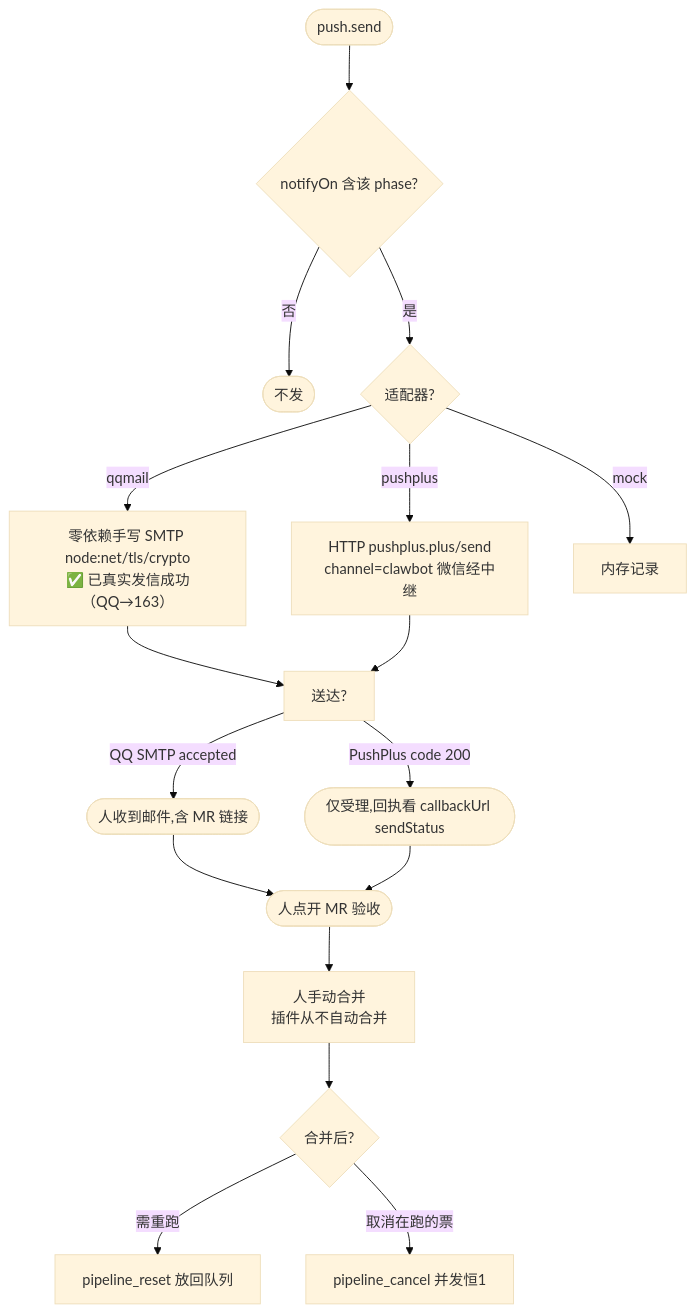
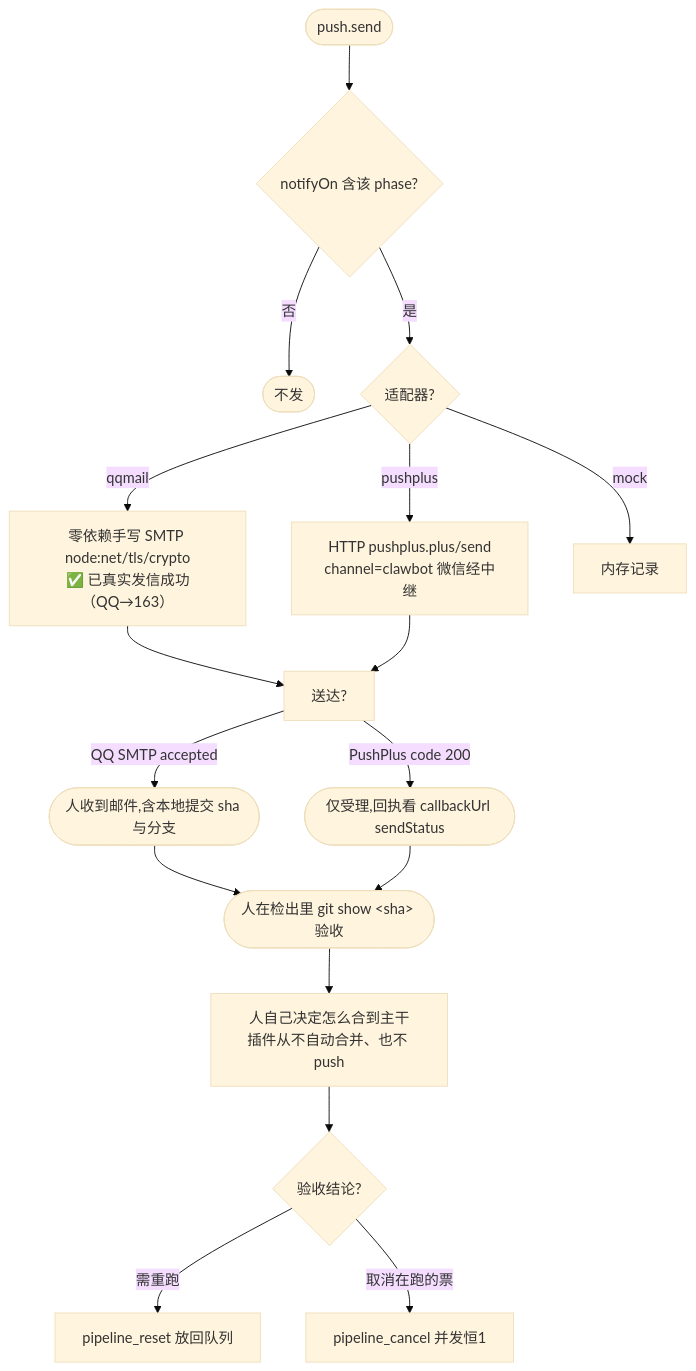
The fifth of 6 diagrams in docs/ticket-pipeline/operation-flow.md (Mentality486/dsh-ticket-pipeline), drawn with Mermaid (base theme) before and after one commit. The commit also changed other lines of this file and 8 other files, not shown here.

````diff
--- a/docs/ticket-pipeline/operation-flow.md
+++ b/docs/ticket-pipeline/operation-flow.md
@@ -142,19 +147,19 @@
 ```mermaid
 flowchart TD
     N0([push.send]) --> N1{notifyOn 含该 phase?}
     N1 -->|否| N9([不发])
     N1 -->|是| N2{适配器?}
     N2 -->|qqmail| N3[零依赖手写 SMTP node:net/tls/crypto<br/>✅ 已真实发信成功（QQ→163）]
     N2 -->|pushplus| N4[HTTP pushplus.plus/send<br/>channel=clawbot 微信经中继]
     N2 -->|mock| N5[内存记录]
     N3 --> N6[送达?]
     N4 --> N6
-    N6 -->|QQ SMTP accepted| N7([人收到邮件,含 MR 链接])
+    N6 -->|QQ SMTP accepted| N7([人收到邮件,含本地提交 sha 与分支])
     N6 -->|PushPlus code 200| N8([仅受理,回执看 callbackUrl sendStatus])
-    N7 --> H1([人点开 MR 验收])
+    N7 --> H1([人在检出里 git show &lt;sha&gt; 验收])
     N8 --> H1
-    H1 --> H2[人手动合并<br/>插件从不自动合并]
-    H2 --> H3{合并后?}
+    H1 --> H2[人自己决定怎么合到主干<br/>插件从不自动合并、也不 push]
+    H2 --> H3{验收结论?}
     H3 -->|需重跑| H4[pipeline_reset 放回队列]
     H3 -->|取消在跑的票| H5[pipeline_cancel 并发恒1]
 ```
````
